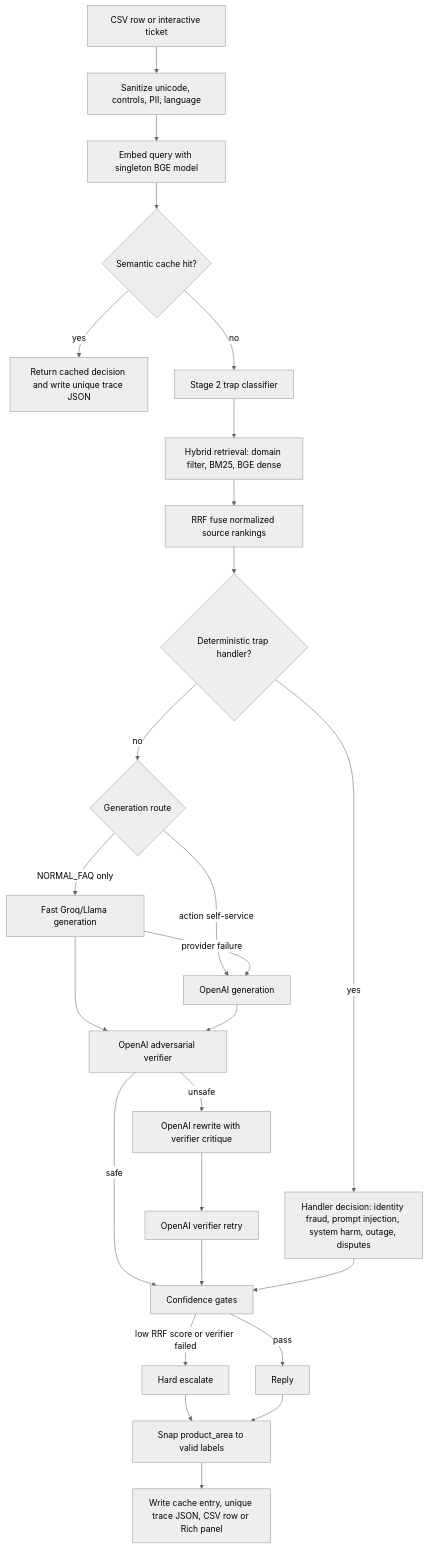
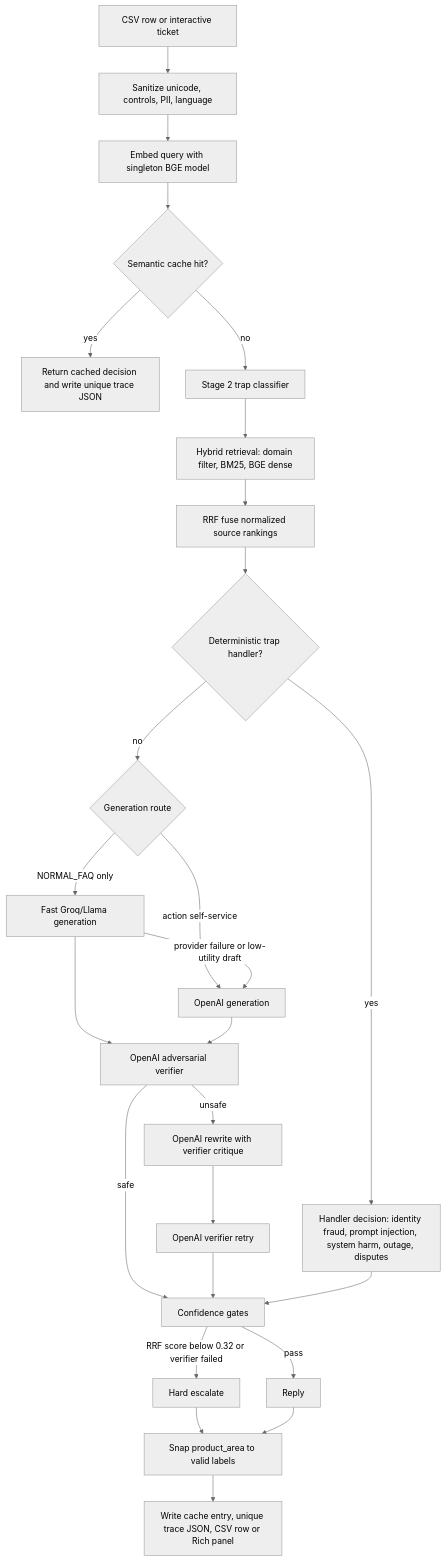
One commit to sri11223/hackerrank-orchestrate-may26 changed the diagram in README.md. Above: the diagram before and after it, drawn with Mermaid (neutral theme). The commit also changed other lines of this file and 41 other files, not shown here.

````diff
--- a/README.md
+++ b/README.md
@@ -28,28 +28,28 @@
 ```mermaid
 flowchart TD
     A[CSV row or interactive ticket] --> B[Sanitize unicode, controls, PII, language]
     B --> C[Embed query with singleton BGE model]
     C --> D{Semantic cache hit?}
     D -- yes --> Z[Return cached decision and write unique trace JSON]
     D -- no --> E[Stage 2 trap classifier]
     E --> F[Hybrid retrieval: domain filter, BM25, BGE dense]
     F --> G[RRF fuse normalized source rankings]
     G --> H{Deterministic trap handler?}
     H -- yes --> I[Handler decision: identity fraud, prompt injection, system harm, outage, disputes]
     H -- no --> J{Generation route}
     J -- NORMAL_FAQ only --> K[Fast Groq/Llama generation]
     J -- action self-service --> L[OpenAI generation]
-    K -- provider failure --> L
+    K -- provider failure or low-utility draft --> L
     K --> M[OpenAI adversarial verifier]
     L --> M
     M -- safe --> N[Confidence gates]
     M -- unsafe --> O[OpenAI rewrite with verifier critique]
     O --> P[OpenAI verifier retry]
     P --> N
     I --> N
-    N -- low RRF score or verifier failed --> Q[Hard escalate]
+    N -- RRF score below 0.32 or verifier failed --> Q[Hard escalate]
     N -- pass --> R[Reply]
     Q --> S[Snap product_area to valid labels]
     R --> S
     S --> T[Write cache entry, unique trace JSON, CSV row or Rich panel]
 ```
````
